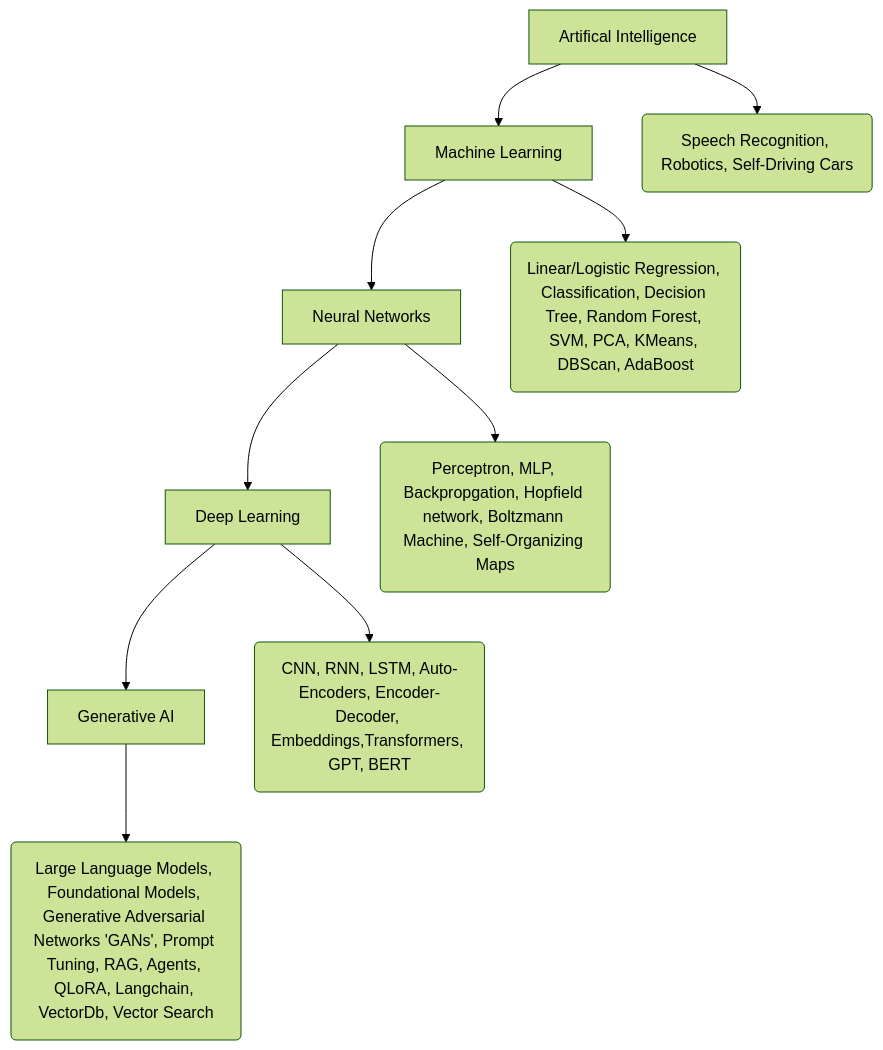
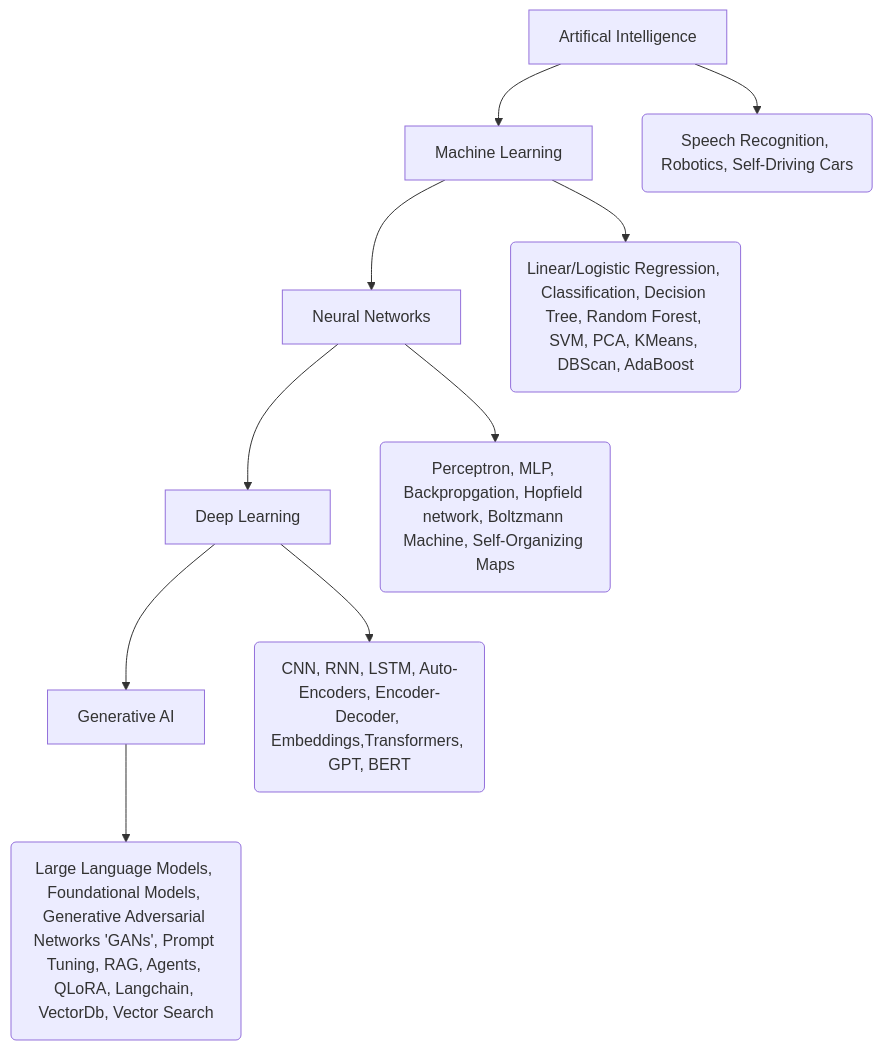
One commit to Peak-Worth/mlrun.in changed the diagram in docs/source/ML.md. Above: the diagram before and after it, drawn with Mermaid.

````diff
--- a/docs/source/ML.md
+++ b/docs/source/ML.md
@@ -3,15 +3,15 @@
 ```{mermaid}
-%%{init: {'theme': 'forest'}}%%
+%%{init: {'theme': 'mc'}}%%
 
 graph TD
     A[Artifical Intelligence] --> B[Machine Learning]
     B --> C[Neural Networks]
     C --> D[Deep Learning]
     D --> E[Generative AI]
     A --> a1(Speech Recognition, Robotics, Self-Driving Cars)
     B --> b1(Linear/Logistic Regression, Classification, Decision Tree, Random Forest, SVM, PCA, KMeans, DBScan, AdaBoost)
     C --> c1(Perceptron, MLP, Backpropgation, Hopfield network, Boltzmann Machine, Self-Organizing Maps)
     D --> d1(CNN, RNN, LSTM, Auto-Encoders, Encoder-Decoder, Embeddings,Transformers, GPT, BERT)
     E --> g1(Large Language Models, Foundational Models, Generative Adversarial Networks 'GANs', Prompt Tuning, RAG, Agents, QLoRA, Langchain, VectorDb, Vector Search)
 
 ```
````
